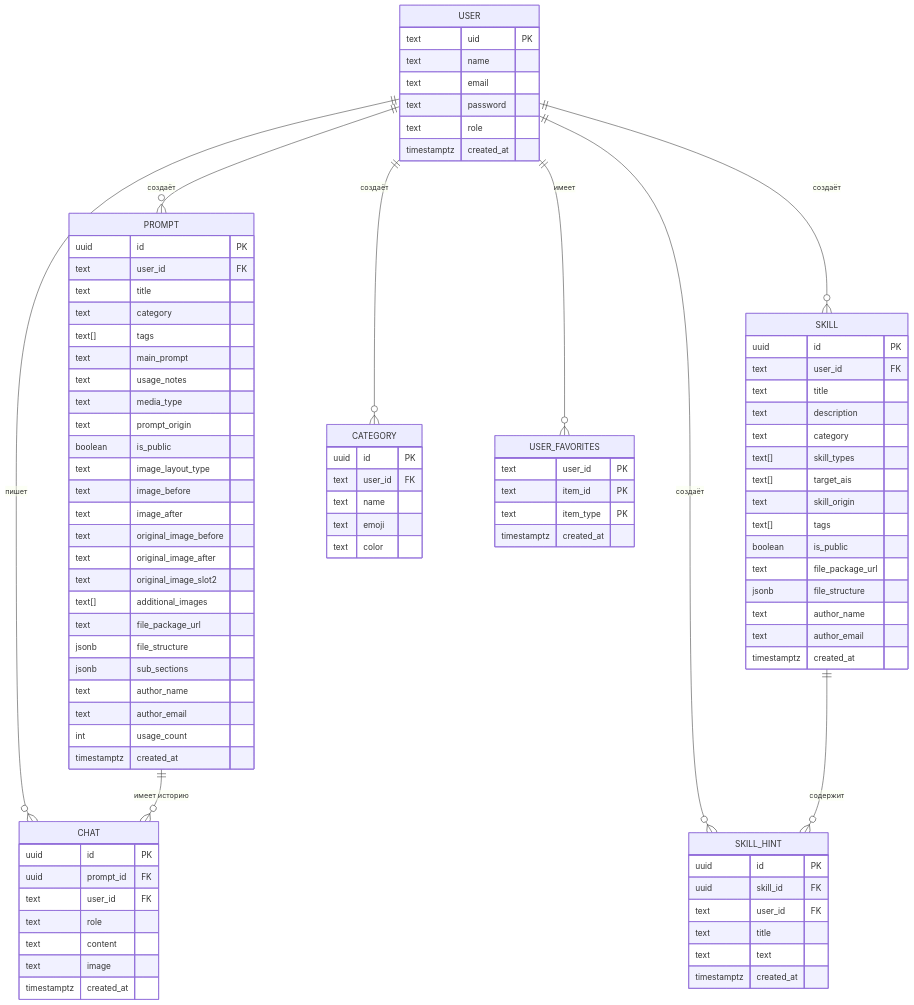
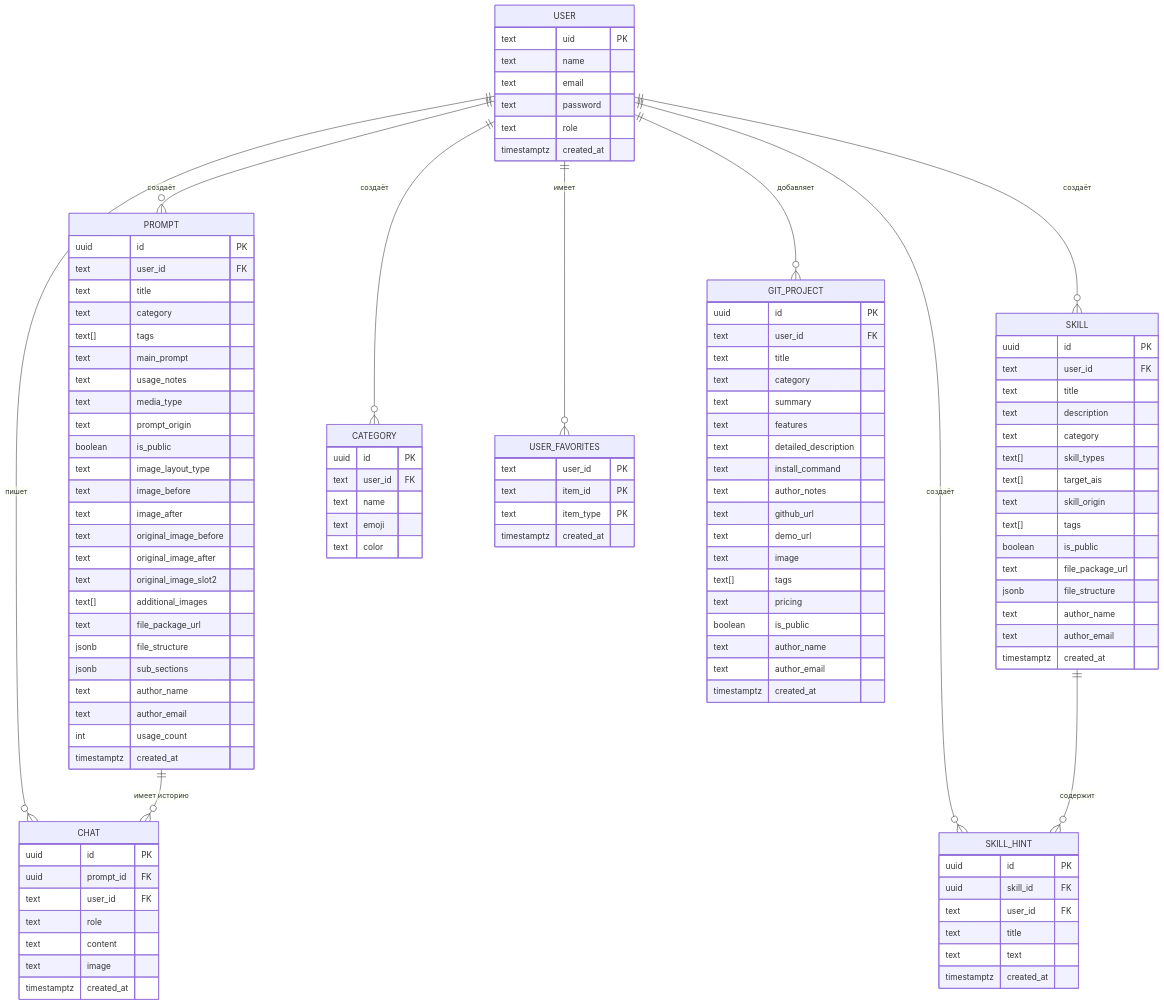
Before and after one commit to evergardenforwork-ui/promptvault: the diagram in Agent/MD_files/SCHEMA.md, drawn with Mermaid. The commit also changed other lines of this file and 26 other files, not shown here.

````diff
--- a/Agent/MD_files/SCHEMA.md
+++ b/Agent/MD_files/SCHEMA.md
@@ -88,6 +88,26 @@
         text item_type PK
         timestamptz created_at
     }
+    GIT_PROJECT {
+        uuid id PK
+        text user_id FK
+        text title
+        text category
+        text summary
+        text features
+        text detailed_description
+        text install_command
+        text author_notes
+        text github_url
+        text demo_url
+        text image
+        text[] tags
+        text pricing
+        boolean is_public
+        text author_name
+        text author_email
+        timestamptz created_at
+    }
 
     USER ||--o{ PROMPT : "создаёт"
     USER ||--o{ SKILL : "создаёт"
@@ -95,6 +115,7 @@
     USER ||--o{ CHAT : "пишет"
     USER ||--o{ USER_FAVORITES : "имеет"
     USER ||--o{ SKILL_HINT : "создаёт"
+    USER ||--o{ GIT_PROJECT : "добавляет"
     PROMPT ||--o{ CHAT : "имеет историю"
     SKILL ||--o{ SKILL_HINT : "содержит"
 ```
````
